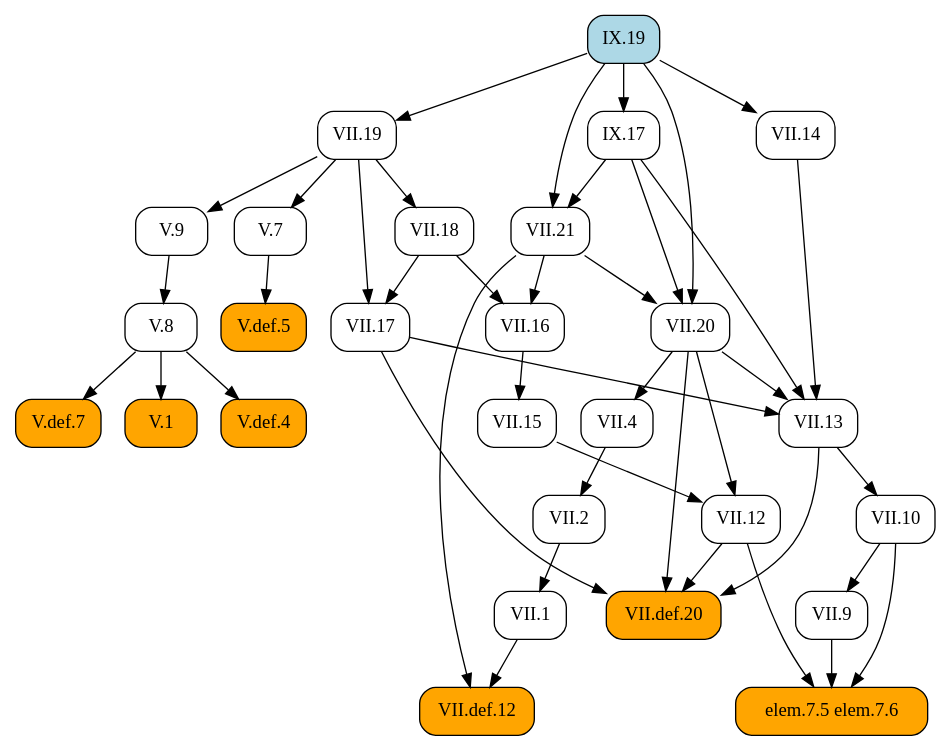
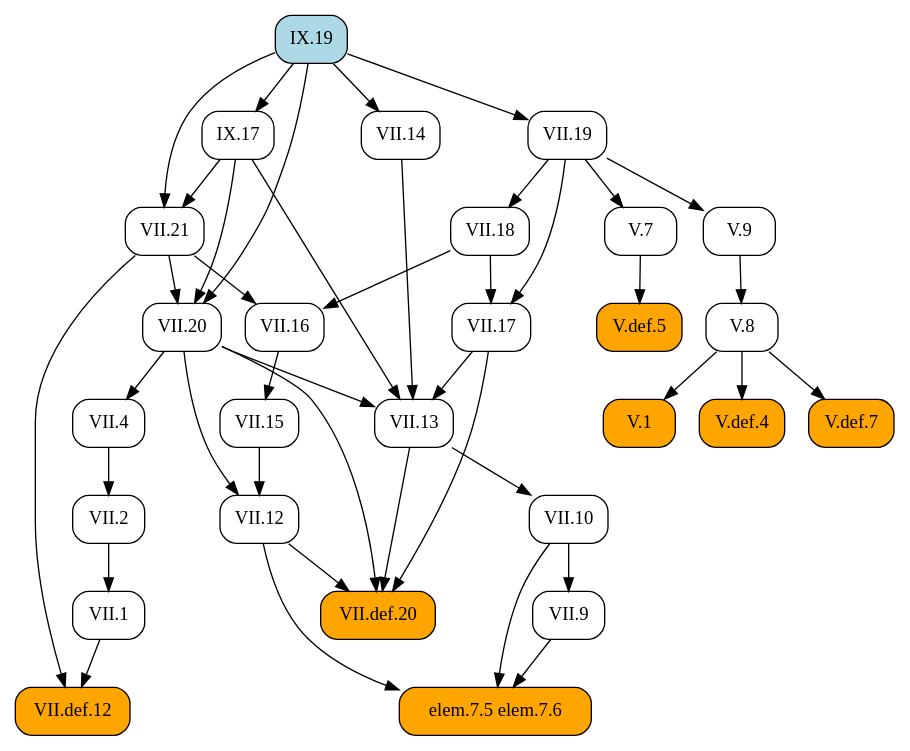
The diagram in docsrc/heath/IX/19/index.rst (geometor/elements), drawn with Graphviz before and after one commit. The commit also changed other lines of this file and 1029 other files, not shown here.

```diff
--- a/docsrc/heath/IX/19/index.rst
+++ b/docsrc/heath/IX/19/index.rst
@@ -78,74 +78,74 @@
 .. graphviz::
 
    digraph {
      rankdir="TB";
      node [shape=box, style=rounded];
-     "V.1" [style="rounded,filled", fillcolor=orange, URL="/heath/V/1/", target="_top"];
-     "VII.20" [URL="/heath/VII/20/", target="_top"];
-     "VII.12" [URL="/heath/VII/12/", target="_top"];
-     "IX.19" [style="rounded,filled", fillcolor=lightblue, URL="/heath/IX/19/", target="_top"];
-     "VII.9" [URL="/heath/VII/9/", target="_top"];
-     "VII.14" [URL="/heath/VII/14/", target="_top"];
-     "VII.13" [URL="/heath/VII/13/", target="_top"];
-     "VII.16" [URL="/heath/VII/16/", target="_top"];
-     "V.def.4" [style="rounded,filled", fillcolor=orange, URL="/heath/V/def.4/", target="_top"];
-     "VII.18" [URL="/heath/VII/18/", target="_top"];
+     "VII.def.12" [style="rounded,filled", fillcolor=orange, URL="/heath/VII/def.12/", target="_top"];
      "V.8" [URL="/heath/V/8/", target="_top"];
-     "IX.17" [URL="/heath/IX/17/", target="_top"];
-     "VII.21" [URL="/heath/VII/21/", target="_top"];
-     "V.7" [URL="/heath/V/7/", target="_top"];
-     "VII.19" [URL="/heath/VII/19/", target="_top"];
-     "VII.def.12" [style="rounded,filled", fillcolor=orange, URL="/heath/VII/def.12/", target="_top"];
-     "VII.15" [URL="/heath/VII/15/", target="_top"];
-     "VII.4" [URL="/heath/VII/4/", target="_top"];
-     "V.9" [URL="/heath/V/9/", target="_top"];
-     "VII.2" [URL="/heath/VII/2/", target="_top"];
-     "VII.def.20" [style="rounded,filled", fillcolor=orange, URL="/heath/VII/def.20/", target="_top"];
-     "elem.7.5 elem.7.6" [style="rounded,filled", fillcolor=orange];
      "VII.1" [URL="/heath/VII/1/", target="_top"];
      "VII.10" [URL="/heath/VII/10/", target="_top"];
+     "VII.9" [URL="/heath/VII/9/", target="_top"];
+     "V.def.5" [style="rounded,filled", fillcolor=orange, URL="/heath/V/def.5/", target="_top"];
+     "VII.19" [URL="/heath/VII/19/", target="_top"];
+     "VII.18" [URL="/heath/VII/18/", target="_top"];
+     "VII.16" [URL="/heath/VII/16/", target="_top"];
+     "VII.4" [URL="/heath/VII/4/", target="_top"];
+     "VII.21" [URL="/heath/VII/21/", target="_top"];
+     "V.1" [style="rounded,filled", fillcolor=orange, URL="/heath/V/1/", target="_top"];
+     "VII.17" [URL="/heath/VII/17/", target="_top"];
+     "IX.17" [URL="/heath/IX/17/", target="_top"];
+     "elem.7.5 elem.7.6" [style="rounded,filled", fillcolor=orange];
+     "VII.20" [URL="/heath/VII/20/", target="_top"];
+     "IX.19" [style="rounded,filled", fillcolor=lightblue, URL="/heath/IX/19/", target="_top"];
+     "VII.14" [URL="/heath/VII/14/", target="_top"];
+     "V.7" [URL="/heath/V/7/", target="_top"];
+     "V.9" [URL="/heath/V/9/", target="_top"];
+     "V.def.4" [style="rounded,filled", fillcolor=orange, URL="/heath/V/def.4/", target="_top"];
+     "VII.13" [URL="/heath/VII/13/", target="_top"];
+     "VII.2" [URL="/heath/VII/2/", target="_top"];
      "V.def.7" [style="rounded,filled", fillcolor=orange, URL="/heath/V/def.7/", target="_top"];
-     "V.def.5" [style="rounded,filled", fillcolor=orange, URL="/heath/V/def.5/", target="_top"];
-     "VII.17" [URL="/heath/VII/17/", target="_top"];
+     "VII.12" [URL="/heath/VII/12/", target="_top"];
+     "VII.15" [URL="/heath/VII/15/", target="_top"];
+     "VII.def.20" [style="rounded,filled", fillcolor=orange, URL="/heath/VII/def.20/", target="_top"];
+     "VII.1" -> "VII.def.12";
+     "VII.21" -> "VII.def.12";
+     "V.9" -> "V.8";
+     "VII.2" -> "VII.1";
+     "VII.13" -> "VII.10";
+     "VII.10" -> "VII.9";
+     "V.7" -> "V.def.5";
+     "IX.19" -> "VII.19";
+     "VII.19" -> "VII.18";
+     "VII.18" -> "VII.16";
+     "VII.21" -> "VII.16";
+     "VII.20" -> "VII.4";
+     "IX.17" -> "VII.21";
+     "IX.19" -> "VII.21";
      "V.8" -> "V.1";
+     "VII.18" -> "VII.17";
+     "VII.19" -> "VII.17";
+     "IX.19" -> "IX.17";
+     "VII.9" -> "elem.7.5 elem.7.6";
+     "VII.10" -> "elem.7.5 elem.7.6";
+     "VII.12" -> "elem.7.5 elem.7.6";
      "VII.21" -> "VII.20";
      "IX.17" -> "VII.20";
      "IX.19" -> "VII.20";
-     "VII.15" -> "VII.12";
-     "VII.20" -> "VII.12";
-     "VII.10" -> "VII.9";
      "IX.19" -> "VII.14";
+     "VII.19" -> "V.7";
+     "VII.19" -> "V.9";
+     "V.8" -> "V.def.4";
      "VII.14" -> "VII.13";
      "VII.17" -> "VII.13";
      "VII.20" -> "VII.13";
      "IX.17" -> "VII.13";
-     "VII.18" -> "VII.16";
-     "VII.21" -> "VII.16";
-     "V.8" -> "V.def.4";
-     "VII.19" -> "VII.18";
-     "V.9" -> "V.8";
-     "IX.19" -> "IX.17";
-     "IX.17" -> "VII.21";
-     "IX.19" -> "VII.21";
-     "VII.19" -> "V.7";
-     "IX.19" -> "VII.19";
-     "VII.1" -> "VII.def.12";
-     "VII.21" -> "VII.def.12";
+     "VII.4" -> "VII.2";
+     "V.8" -> "V.def.7";
+     "VII.15" -> "VII.12";
+     "VII.20" -> "VII.12";
      "VII.16" -> "VII.15";
-     "VII.20" -> "VII.4";
-     "VII.19" -> "V.9";
-     "VII.4" -> "VII.2";
      "VII.12" -> "VII.def.20";
      "VII.13" -> "VII.def.20";
      "VII.17" -> "VII.def.20";
      "VII.20" -> "VII.def.20";
-     "VII.9" -> "elem.7.5 elem.7.6";
-     "VII.10" -> "elem.7.5 elem.7.6";
-     "VII.12" -> "elem.7.5 elem.7.6";
-     "VII.2" -> "VII.1";
-     "VII.13" -> "VII.10";
-     "V.8" -> "V.def.7";
-     "V.7" -> "V.def.5";
-     "VII.18" -> "VII.17";
-     "VII.19" -> "VII.17";
    }
```
